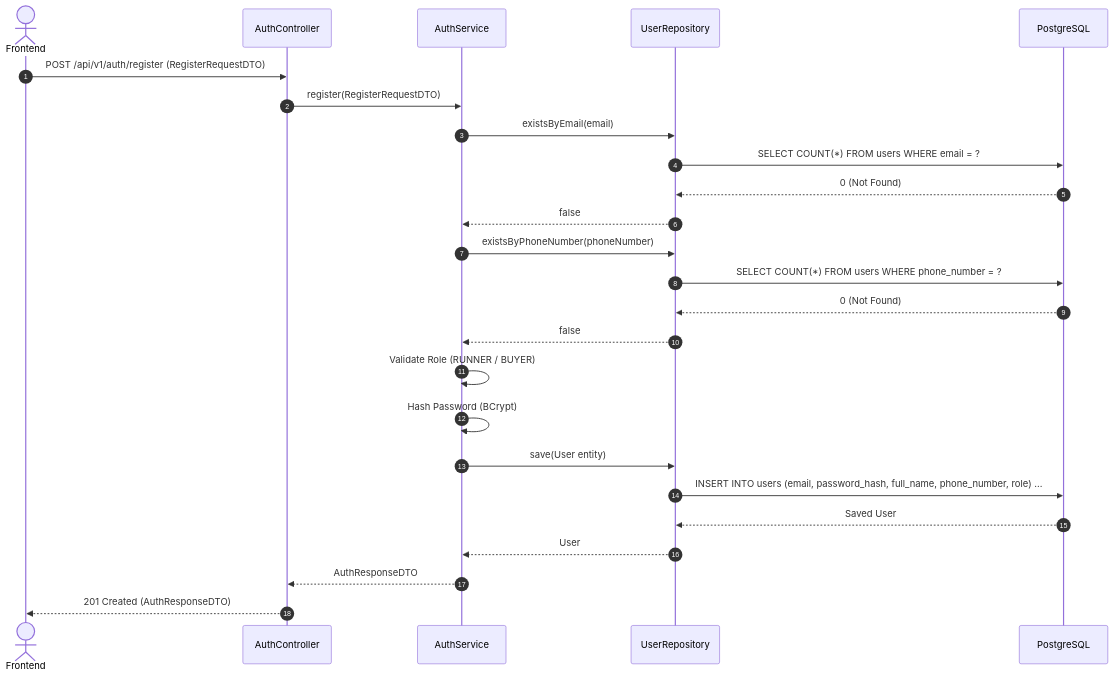
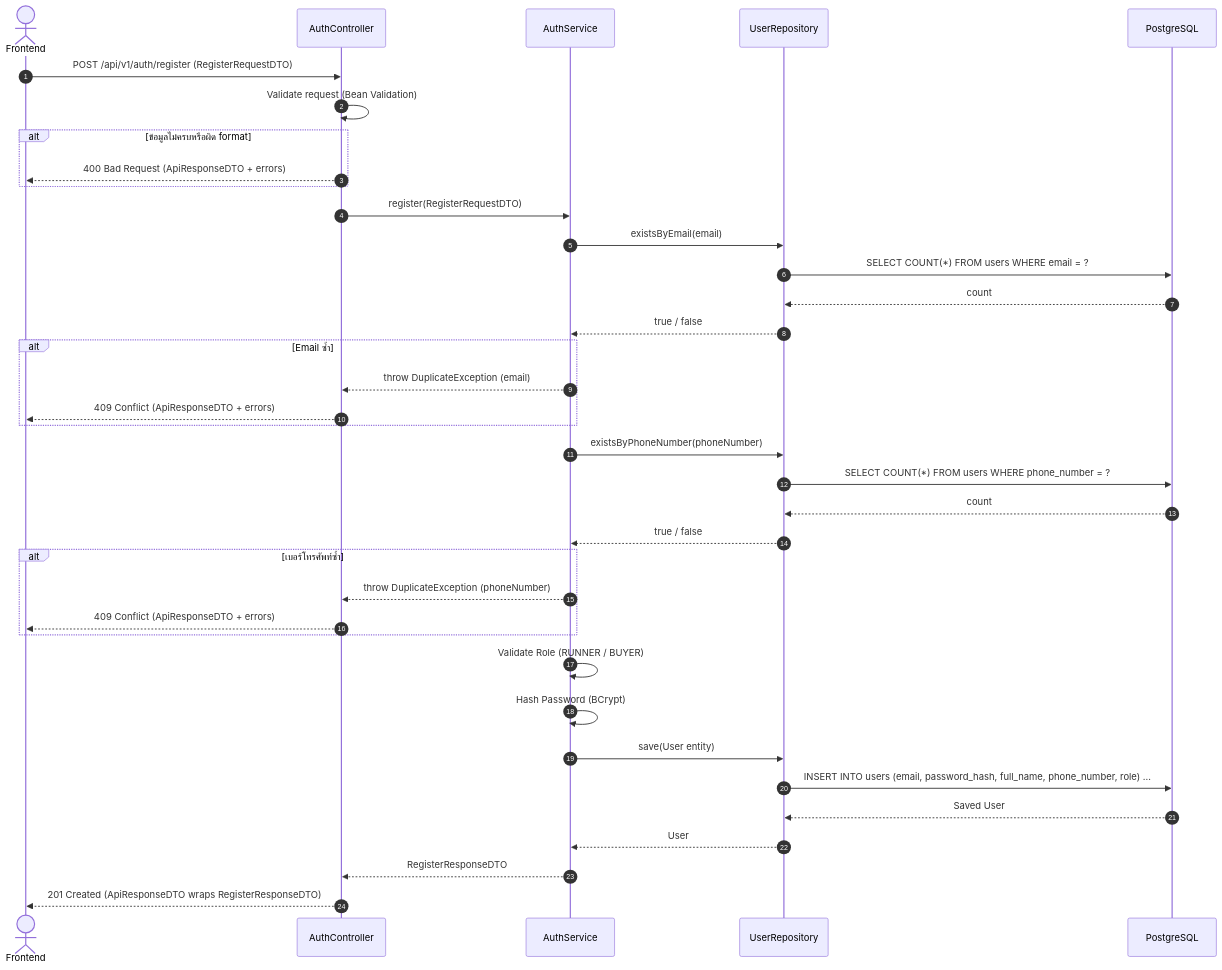
One commit to BlackyB0o/CS261_650001_group5 changed the sixth of 7 diagrams in docs/task-04/README.md. Above: the diagram before and after it, drawn with Mermaid. The commit also changed other lines of this file, not shown here.

````diff
--- a/docs/task-04/README.md
+++ b/docs/task-04/README.md
@@ -267,28 +406,40 @@
 ```mermaid
 sequenceDiagram
     autonumber
     actor Client as Frontend
     participant Controller as AuthController
     participant Service as AuthService
     participant DAO as UserRepository
     participant DB as PostgreSQL
 
     Client->>Controller: POST /api/v1/auth/register (RegisterRequestDTO)
+    Controller->>Controller: Validate request (Bean Validation)
+    alt ข้อมูลไม่ครบหรือผิด format
+        Controller-->>Client: 400 Bad Request (ApiResponseDTO + errors)
+    end
     Controller->>Service: register(RegisterRequestDTO)
     Service->>DAO: existsByEmail(email)
     DAO->>DB: SELECT COUNT(*) FROM users WHERE email = ?
-    DB-->>DAO: 0 (Not Found)
-    DAO-->>Service: false
+    DB-->>DAO: count
+    DAO-->>Service: true / false
+    alt Email ซ้ำ
+        Service-->>Controller: throw DuplicateException (email)
+        Controller-->>Client: 409 Conflict (ApiResponseDTO + errors)
+    end
     Service->>DAO: existsByPhoneNumber(phoneNumber)
     DAO->>DB: SELECT COUNT(*) FROM users WHERE phone_number = ?
-    DB-->>DAO: 0 (Not Found)
-    DAO-->>Service: false
+    DB-->>DAO: count
+    DAO-->>Service: true / false
+    alt เบอร์โทรศัพท์ซ้ำ
+        Service-->>Controller: throw DuplicateException (phoneNumber)
+        Controller-->>Client: 409 Conflict (ApiResponseDTO + errors)
+    end
     Service->>Service: Validate Role (RUNNER / BUYER)
     Service->>Service: Hash Password (BCrypt)
     Service->>DAO: save(User entity)
     DAO->>DB: INSERT INTO users (email, password_hash, full_name, phone_number, role) ...
     DB-->>DAO: Saved User
     DAO-->>Service: User
-    Service-->>Controller: AuthResponseDTO
-    Controller-->>Client: 201 Created (AuthResponseDTO)
+    Service-->>Controller: RegisterResponseDTO
+    Controller-->>Client: 201 Created (ApiResponseDTO wraps RegisterResponseDTO)
 ```
````
